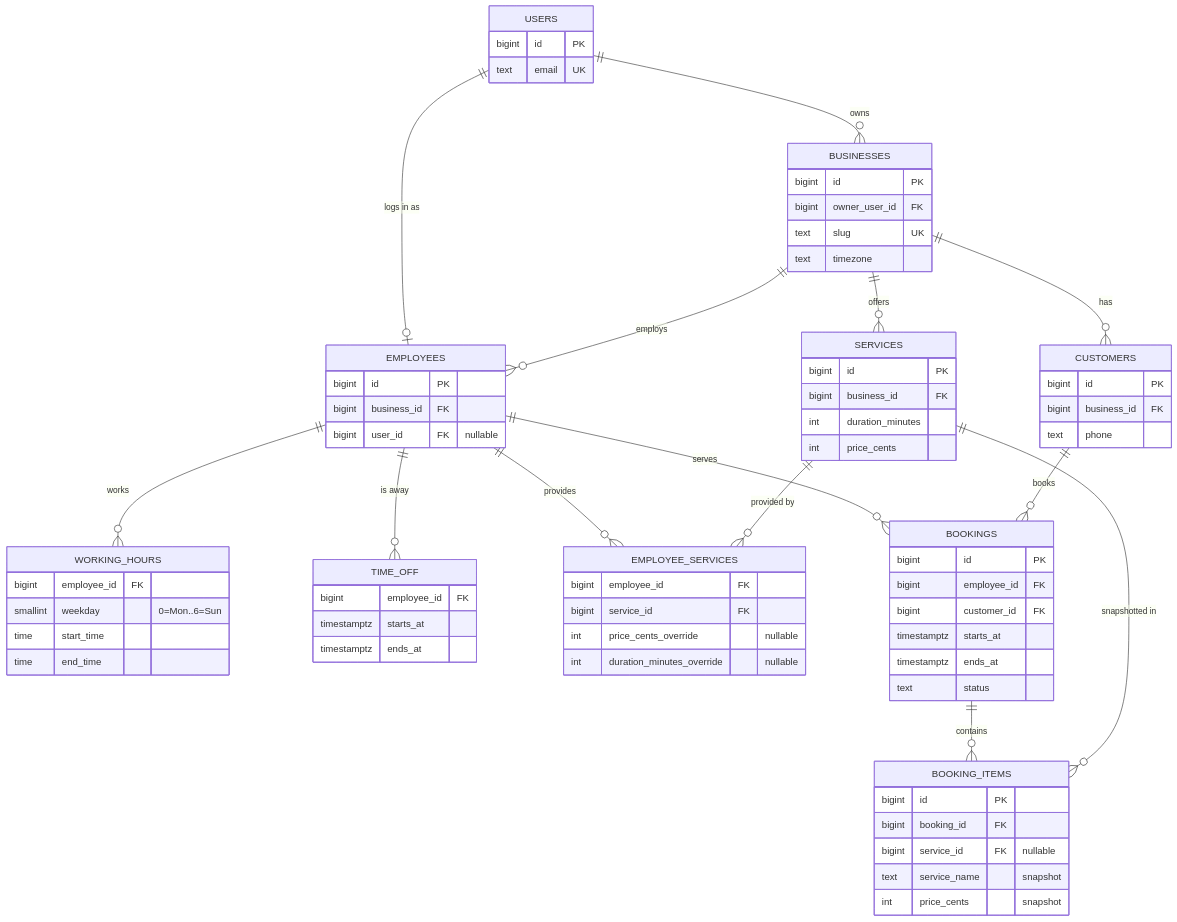
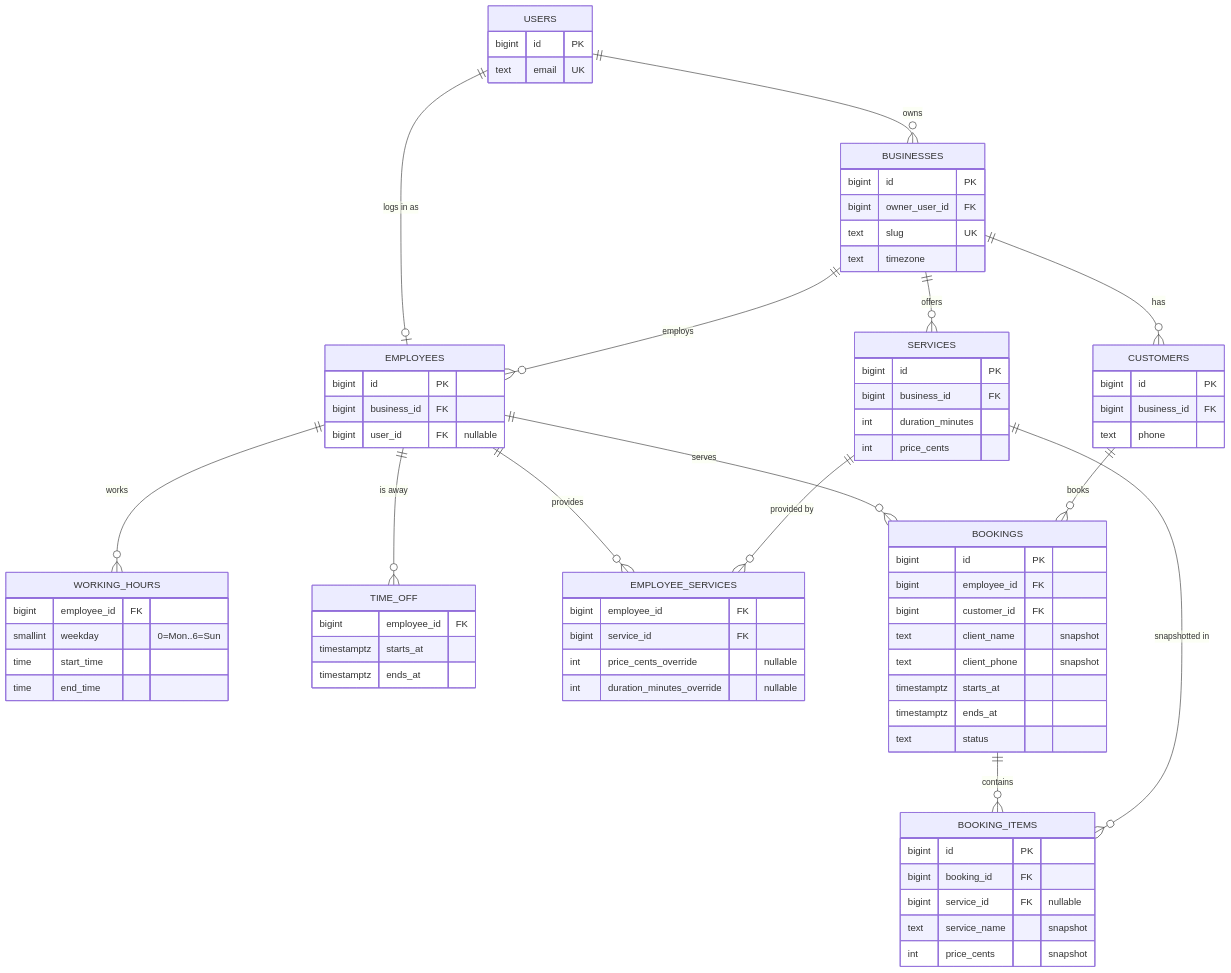
One commit to malishov/booking-app changed the diagram in README.md. Above: the diagram before and after it, drawn with Mermaid. The commit also changed other lines of this file and 5 other files, not shown here.

Commit message:
Preserve booking client contacts and prevent implicit phone merges

````diff
--- a/README.md
+++ b/README.md
@@ -33,75 +33,77 @@
 ```mermaid
 erDiagram
     USERS ||--o{ BUSINESSES : owns
     USERS ||--o| EMPLOYEES : "logs in as"
     BUSINESSES ||--o{ EMPLOYEES : employs
     BUSINESSES ||--o{ SERVICES : offers
     BUSINESSES ||--o{ CUSTOMERS : has
     EMPLOYEES ||--o{ WORKING_HOURS : "works"
     EMPLOYEES ||--o{ TIME_OFF : "is away"
     EMPLOYEES ||--o{ EMPLOYEE_SERVICES : provides
     SERVICES ||--o{ EMPLOYEE_SERVICES : "provided by"
     EMPLOYEES ||--o{ BOOKINGS : serves
     CUSTOMERS ||--o{ BOOKINGS : books
     BOOKINGS ||--o{ BOOKING_ITEMS : contains
     SERVICES ||--o{ BOOKING_ITEMS : "snapshotted in"
 
     USERS {
         bigint id PK
         text email UK
     }
     BUSINESSES {
         bigint id PK
         bigint owner_user_id FK
         text slug UK
         text timezone
     }
     EMPLOYEES {
         bigint id PK
         bigint business_id FK
         bigint user_id FK "nullable"
     }
     SERVICES {
         bigint id PK
         bigint business_id FK
         int duration_minutes
         int price_cents
     }
     EMPLOYEE_SERVICES {
         bigint employee_id FK
         bigint service_id FK
         int price_cents_override "nullable"
         int duration_minutes_override "nullable"
     }
     WORKING_HOURS {
         bigint employee_id FK
         smallint weekday "0=Mon..6=Sun"
         time start_time
         time end_time
     }
     TIME_OFF {
         bigint employee_id FK
         timestamptz starts_at
         timestamptz ends_at
     }
     CUSTOMERS {
         bigint id PK
         bigint business_id FK
         text phone
     }
     BOOKINGS {
         bigint id PK
         bigint employee_id FK
         bigint customer_id FK
+        text client_name "snapshot"
+        text client_phone "snapshot"
         timestamptz starts_at
         timestamptz ends_at
         text status
     }
     BOOKING_ITEMS {
         bigint id PK
         bigint booking_id FK
         bigint service_id FK "nullable"
         text service_name "snapshot"
         int price_cents "snapshot"
     }
 ```
````
